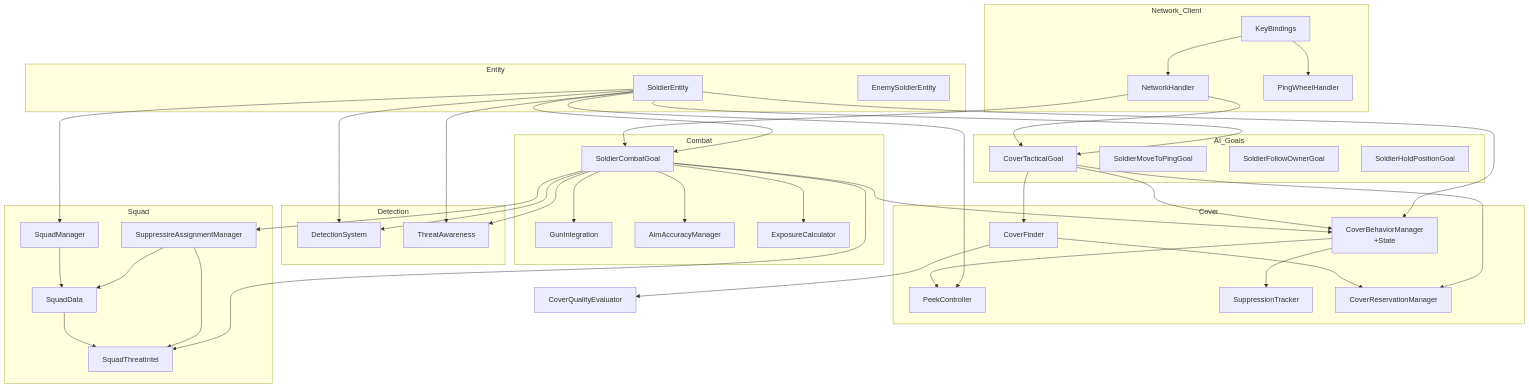
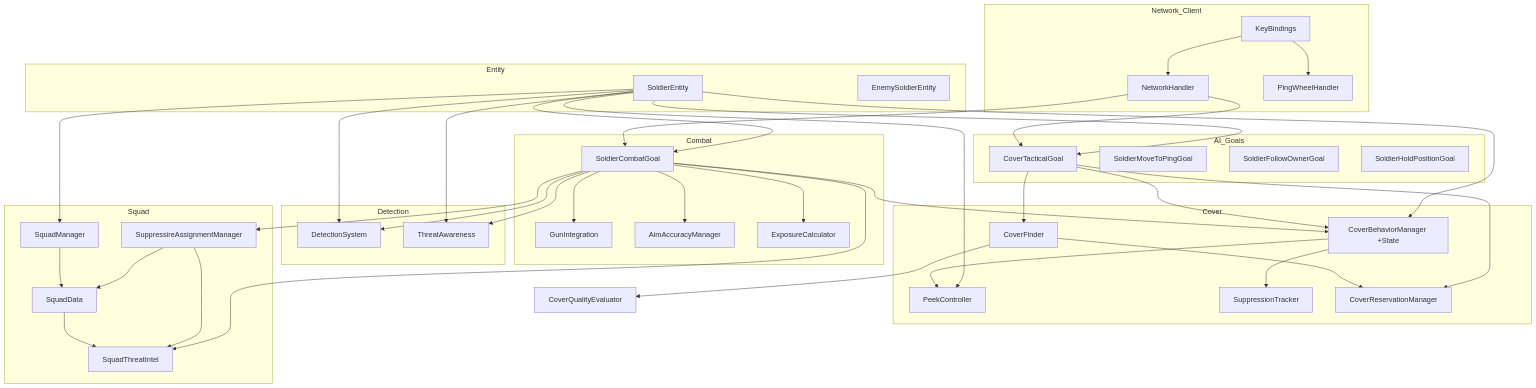
Diagram 27 of 27 in ARCHITECTURE.md (MegiTicky/steves_army), drawn with Mermaid before and after one commit. The commit also changed other lines of this file, not shown here.

Commit message:
Fix ARCHITECTURE.md: replace broken unicode chars and Mermaid HTML tags with ASCII

```diff
--- a/ARCHITECTURE.md
+++ b/ARCHITECTURE.md
@@ -1090,7 +1090,7 @@
     end
 
     subgraph Cover
-        CBM[CoverBehaviorManager<br/>+State]
+        CBM[CoverBehaviorManager +State]
         CF[CoverFinder]
         PC[PeekController]
         ST[SuppressionTracker]
```
